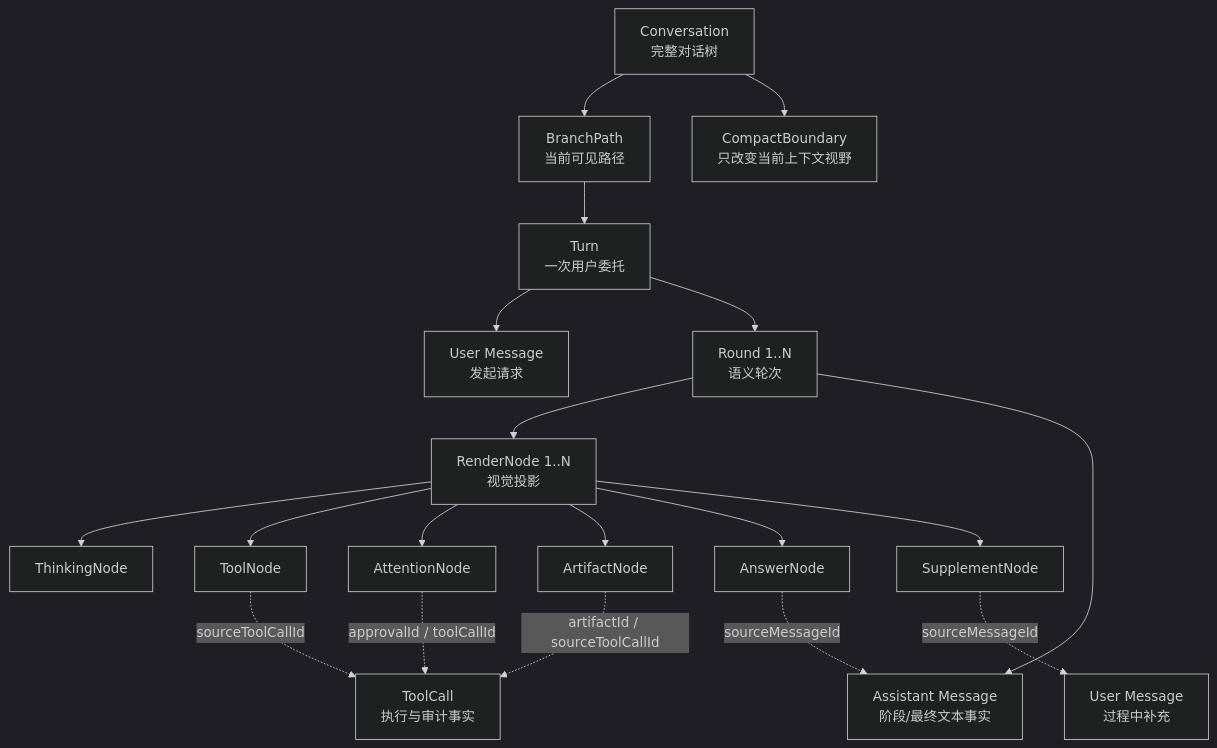
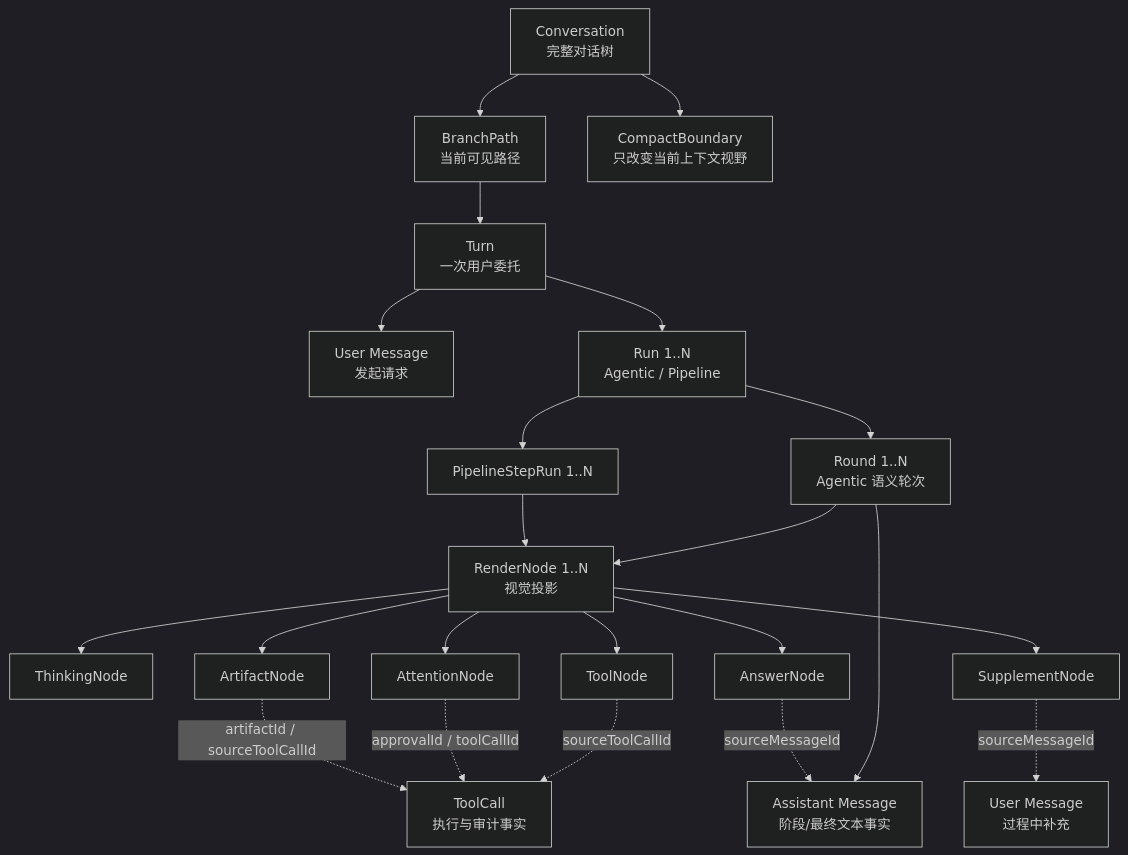
Before and after one commit to ssmiter/Iris: the first of 6 diagrams in docs/07-frontend-architecture.md, drawn with Mermaid (dark theme). The commit also changed other lines of this file and 10 other files, not shown here.

Commit message:
docs(architecture): complete Iris system design

````diff
--- a/docs/07-frontend-architecture.md
+++ b/docs/07-frontend-architecture.md
@@ -115,21 +119,24 @@
 ```mermaid
 flowchart TD
     C["Conversation<br/>完整对话树"] --> BP["BranchPath<br/>当前可见路径"]
     BP --> T["Turn<br/>一次用户委托"]
     T --> UM["User Message<br/>发起请求"]
-    T --> R["Round 1..N<br/>语义轮次"]
+    T --> RUN["Run 1..N<br/>Agentic / Pipeline"]
+    RUN --> R["Round 1..N<br/>Agentic 语义轮次"]
+    RUN --> PSR["PipelineStepRun 1..N"]
     R --> RN["RenderNode 1..N<br/>视觉投影"]
+    PSR --> RN
     R --> AM["Assistant Message<br/>阶段/最终文本事实"]
     RN --> TH["ThinkingNode"]
     RN --> TC["ToolNode"]
     RN --> AT["AttentionNode"]
     RN --> AR["ArtifactNode"]
     RN --> AN["AnswerNode"]
     RN --> SP["SupplementNode"]
     TC -. "sourceToolCallId" .-> CALL["ToolCall<br/>执行与审计事实"]
     AT -. "approvalId / toolCallId" .-> CALL
     AR -. "artifactId / sourceToolCallId" .-> CALL
     AN -. "sourceMessageId" .-> AM
     SP -. "sourceMessageId" .-> SM["User Message<br/>过程中补充"]
     C --> CB["CompactBoundary<br/>只改变当前上下文视野"]
 ```
````
